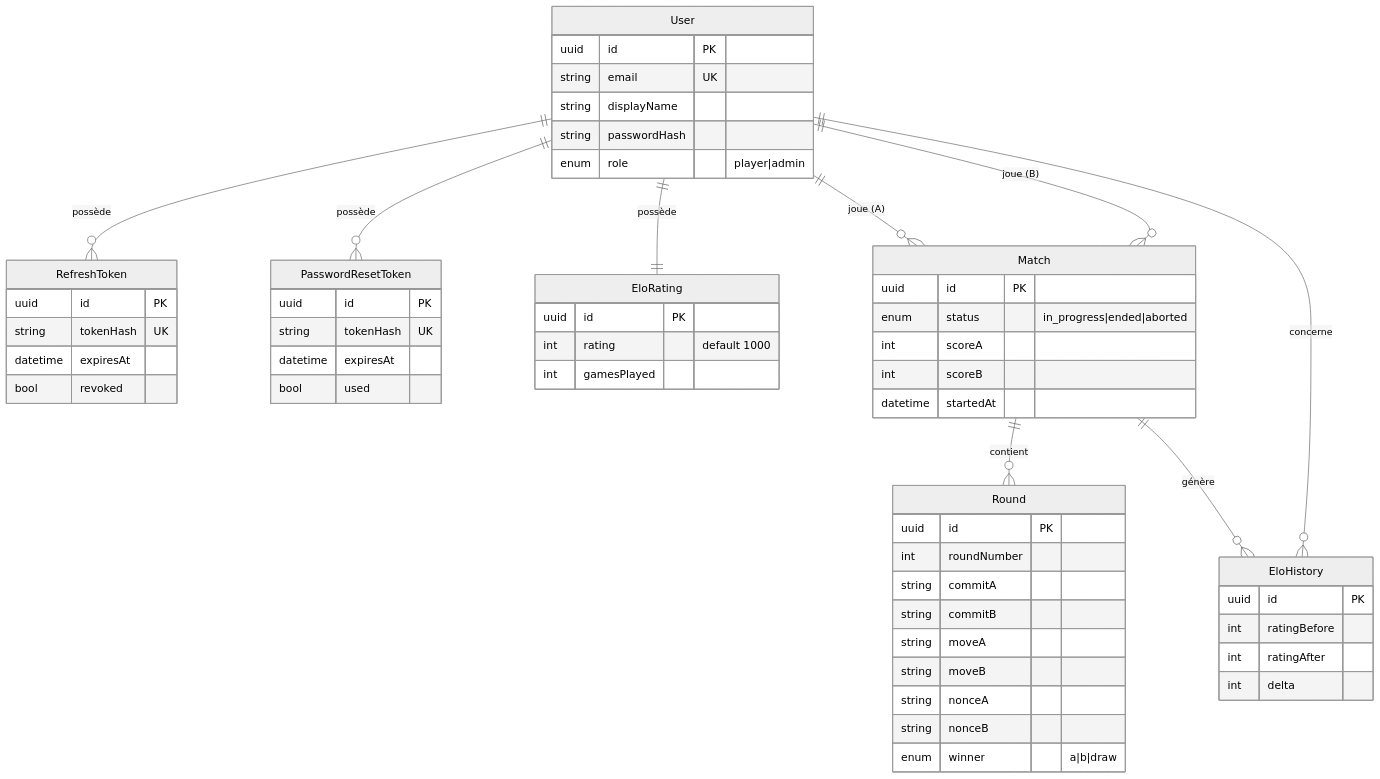
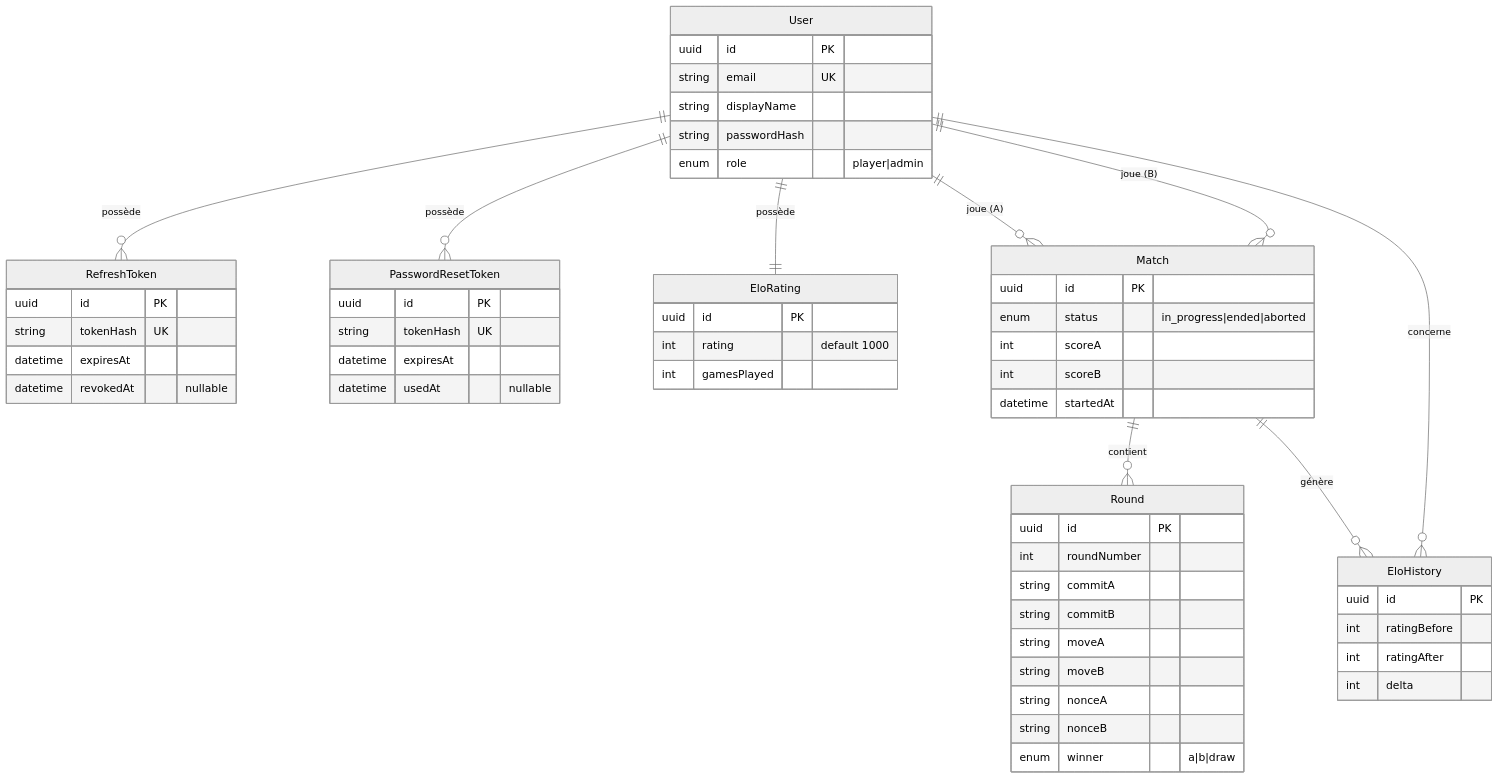
One commit to Team-3-Ynov/Chifoumi changed the third of 6 diagrams in docs/slides.md. Above: the diagram before and after it, drawn with Mermaid (neutral theme). The commit also changed other lines of this file and 1 other file, not shown here.

````diff
--- a/docs/slides.md
+++ b/docs/slides.md
@@ -289,59 +213,59 @@
 ```mermaid
 erDiagram
   User {
     uuid id PK
     string email UK
     string displayName
     string passwordHash
     enum role "player|admin"
   }
   RefreshToken {
     uuid id PK
     string tokenHash UK
     datetime expiresAt
-    bool revoked
+    datetime revokedAt "nullable"
   }
   PasswordResetToken {
     uuid id PK
     string tokenHash UK
     datetime expiresAt
-    bool used
+    datetime usedAt "nullable"
   }
   EloRating {
     uuid id PK
     int rating "default 1000"
     int gamesPlayed
   }
   Match {
     uuid id PK
     enum status "in_progress|ended|aborted"
     int scoreA
     int scoreB
     datetime startedAt
   }
   Round {
     uuid id PK
     int roundNumber
     string commitA
     string commitB
     string moveA
     string moveB
     string nonceA
     string nonceB
     enum winner "a|b|draw"
   }
   EloHistory {
     uuid id PK
     int ratingBefore
     int ratingAfter
     int delta
   }
   User ||--o{ RefreshToken : "possède"
   User ||--o{ PasswordResetToken : "possède"
   User ||--|| EloRating : "possède"
   User ||--o{ Match : "joue (A)"
   User ||--o{ Match : "joue (B)"
   Match ||--o{ Round : "contient"
   Match ||--o{ EloHistory : "génère"
   User ||--o{ EloHistory : "concerne"
 ```
````
